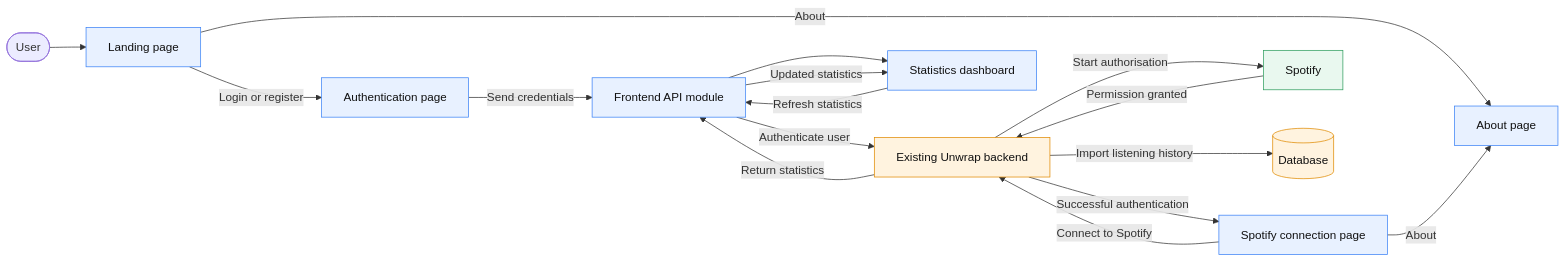
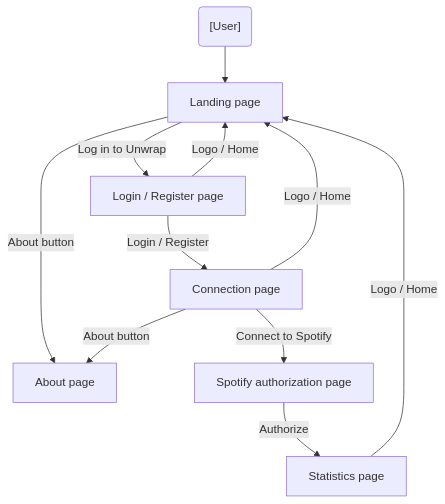
Before and after one commit to AlexD2006-dev/Unwrap-frontend: the diagram in docs/technical-documentation.md, drawn with Mermaid. The commit also changed 5 other files, not shown here.

Commit message:
Preserve demo mode through logo navigation and update mermaid diagram

````diff
--- a/docs/technical-documentation.md
+++ b/docs/technical-documentation.md
@@ -167,32 +167,18 @@
 ```mermaid
-flowchart LR
-    U([User]) --> L[Landing page]
+flowchart TD
 
-    L -->|About| A[About page]
-    L -->|Login or register| AU[Authentication page]
+    U("[User]") --> L[Landing page]
 
-    AU -->|Send credentials| API[Frontend API module]
-    API -->|Authenticate user| B[Existing Unwrap backend]
-    B -->|Successful authentication| C[Spotify connection page]
+    L -->|About button| A[About page]
+    L -->|Log in to Unwrap| LR[Login / Register page]
 
-    C -->|About| A
-    C -->|Connect to Spotify| B
+    LR -->|Login / Register| C[Connection page]
+    C -->|About button| A
+    C -->|Connect to Spotify| AU[Spotify authorization page]
 
-    B -->|Start authorisation| S[Spotify]
-    S -->|Permission granted| B
+    AU -->|Authorize| S[Statistics page]
 
-    B -->|Import listening history| DB[(Database)]
-    B -->|Return statistics| API
-    API --> D[Statistics dashboard]
-
-    D -->|Refresh statistics| API
-    API -->|Updated statistics| D
-
-    classDef frontend fill:#e8f1ff,stroke:#3b82f6,color:#111
-    classDef backend fill:#fff3df,stroke:#e08a00,color:#111
-    classDef external fill:#e9f8ef,stroke:#2f9e5f,color:#111
-
-    class L,A,AU,C,D,API frontend
-    class B,DB backend
-    class S external
+    C -->|Logo / Home| L
+    LR -->|Logo / Home| L
+    S -->|Logo / Home| L
 ```
````
